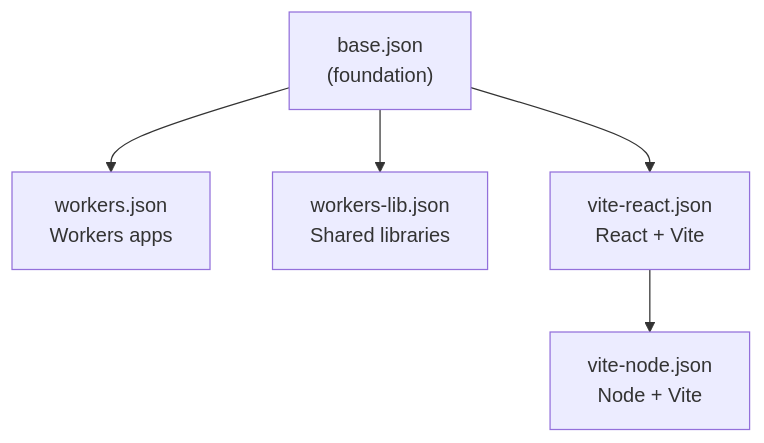
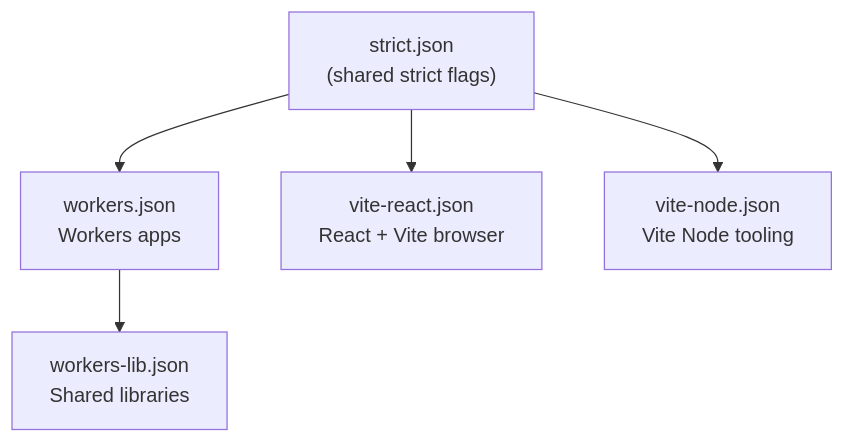
The diagram in packages/typescript-config/AGENTS.md (louisbrulenaudet/monorepo-template), drawn with Mermaid before and after one commit. The commit also changed other lines of this file and 123 other files, not shown here.

````diff
--- a/packages/typescript-config/AGENTS.md
+++ b/packages/typescript-config/AGENTS.md
@@ -64,8 +97,8 @@
 ```mermaid
 flowchart TD
-  Base["base.json\n(foundation)"]
-  Base --> Workers["workers.json\nWorkers apps"]
-  Base --> WorkersLib["workers-lib.json\nShared libraries"]
-  Base --> ViteReact["vite-react.json\nReact + Vite"]
-  ViteReact --> ViteNode["vite-node.json\nNode + Vite"]
+  Strict["strict.json\n(shared strict flags)"]
+  Strict --> Workers["workers.json\nWorkers apps"]
+  Strict --> ViteReact["vite-react.json\nReact + Vite browser"]
+  Strict --> ViteNode["vite-node.json\nVite Node tooling"]
+  Workers --> WorkersLib["workers-lib.json\nShared libraries"]
 ```
````
